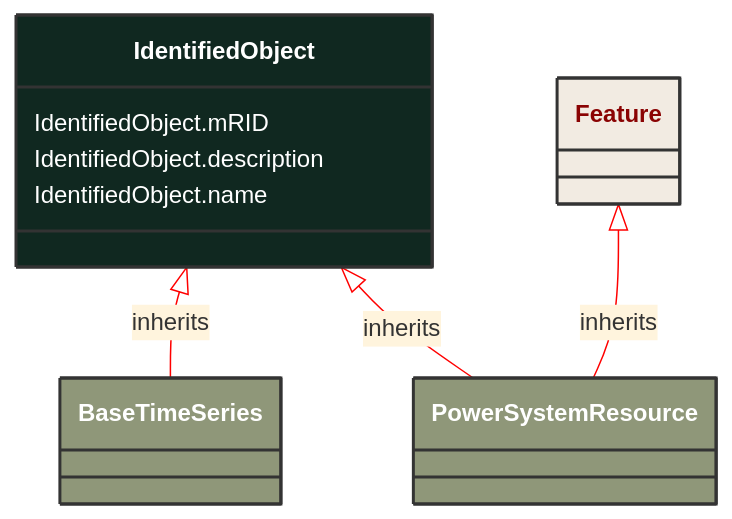
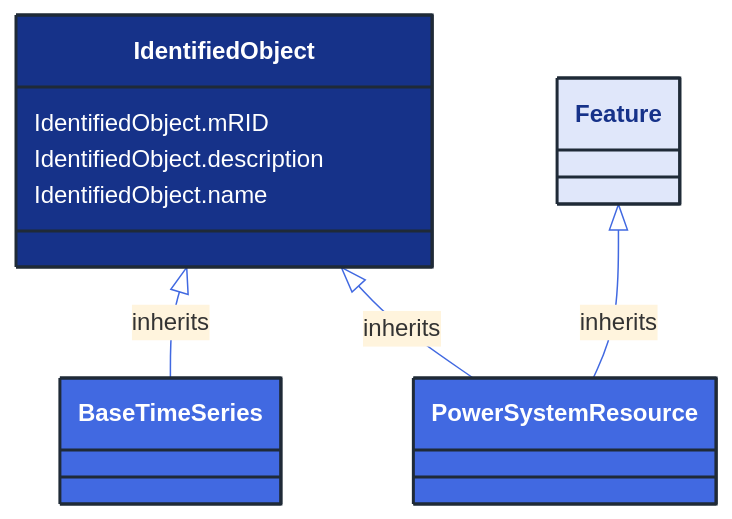
The diagram in docs/Models/Profiles/GridCapacity/AbstractClasses/IdentifiedObject.md (3lbits/NoCIMExtensions), drawn with Mermaid before and after one commit. The commit also changed 362 other files, not shown here.

First line of the commit message:
Update diagrams and styles for improved visual consistency

````diff
--- a/docs/Models/Profiles/GridCapacity/AbstractClasses/IdentifiedObject.md
+++ b/docs/Models/Profiles/GridCapacity/AbstractClasses/IdentifiedObject.md
@@ -10,29 +10,29 @@
 ```mermaid
-%%{init: {'theme':'base','themeVariables': {'lineColor': '#FF0000'}}}%%
+%%{init: {'theme':'base','themeVariables': {'lineColor': '#4169E1'}}}%%
 classDiagram
     class IdentifiedObject
     click IdentifiedObject href "/Models/Profiles/GridCapacity/AbstractClasses/IdentifiedObject/"
-    style IdentifiedObject fill:#102820,stroke:#333,stroke-width:2px,rx:10,ry:10,color:white
+    style IdentifiedObject fill:#163289,stroke:#1F2A37,stroke-width:2px,rx:10,ry:10,color:white
 
         IdentifiedObject <|-- BaseTimeSeries : inherits
 
         BaseTimeSeries
             click BaseTimeSeries href "/Models/Profiles/GridCapacity/AbstractClasses/BaseTimeSeries/"
-            style BaseTimeSeries fill:#8F9779,stroke:#333,stroke-width:2px,rx:10,ry:10,color:white
+            style BaseTimeSeries fill:#4169E1,stroke:#1F2A37,stroke-width:2px,rx:10,ry:10,color:white
 
         IdentifiedObject <|-- PowerSystemResource : inherits
 
         PowerSystemResource
             click PowerSystemResource href "/Models/Profiles/GridCapacity/AbstractClasses/PowerSystemResource/"
-            style PowerSystemResource fill:#8F9779,stroke:#333,stroke-width:2px,rx:10,ry:10,color:white
+            style PowerSystemResource fill:#4169E1,stroke:#1F2A37,stroke-width:2px,rx:10,ry:10,color:white
 
         Feature <|-- PowerSystemResource : inherits
             click Feature href "/Models/Profiles/GridCapacity/AbstractClasses/Feature/"
-            style Feature fill:#F2EBE2,stroke:#333,stroke-width:2px,rx:10,ry:10,color:#8A0303
+            style Feature fill:#E0E7FA,stroke:#1F2A37,stroke-width:2px,rx:10,ry:10,color:#163289
 
 
 
         IdentifiedObject : IdentifiedObject.mRID
         IdentifiedObject : IdentifiedObject.description
         IdentifiedObject : IdentifiedObject.name
 ```
````
